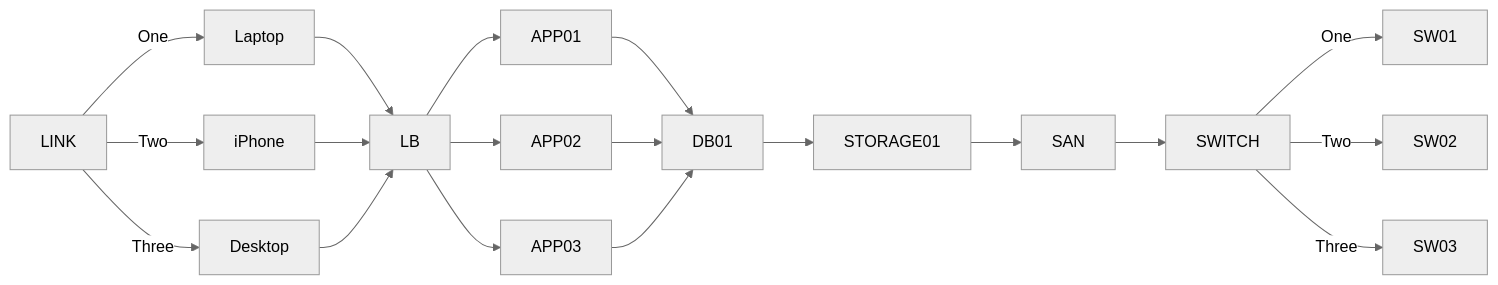
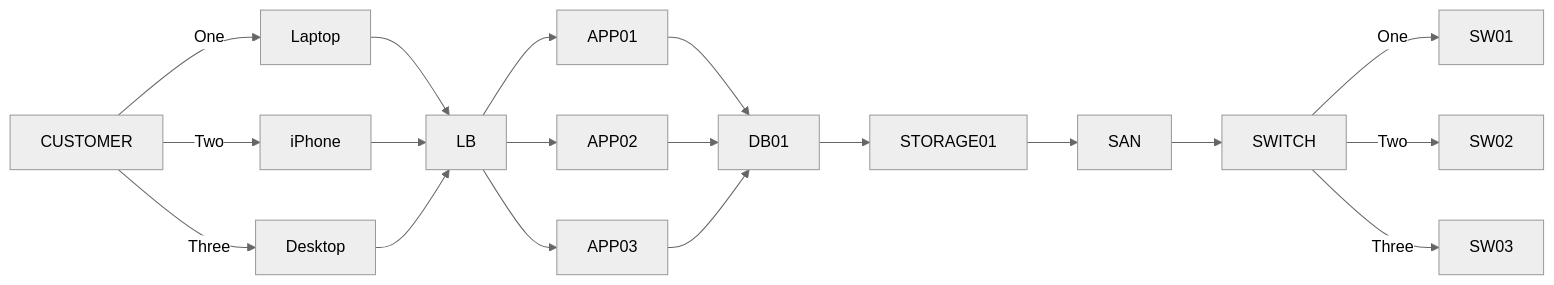
One commit to alexbmw00/teste changed the diagram in README.md. Above: the diagram before and after it, drawn with Mermaid (neutral theme).

````diff
--- a/README.md
+++ b/README.md
@@ -4,25 +4,25 @@
 ```mermaid
 
 graph LR;
-  LINK -->|One| C1[Laptop]
-  LINK -->|Two| C2[iPhone]
-  LINK -->|Three| C3[Desktop]
+  CUSTOMER -->|One| C1[Laptop]
+  CUSTOMER -->|Two| C2[iPhone]
+  CUSTOMER -->|Three| C3[Desktop]
   C1 -->LB;
   C2 -->LB;
   C3 -->LB;  
 
   LB-->APP01; 
   LB-->APP02; 
   LB-->APP03; 
   APP01-->DB01;
   APP02-->DB01;
   APP03-->DB01;
   DB01-->STORAGE01;
   
   STORAGE01-->SAN
   SAN -->SWITCH;
     
   SWITCH -->|One| SW1[SW01];
   SWITCH -->|Two| SW2[SW02];
   SWITCH -->|Three| SW3[SW03];
   ```
````
